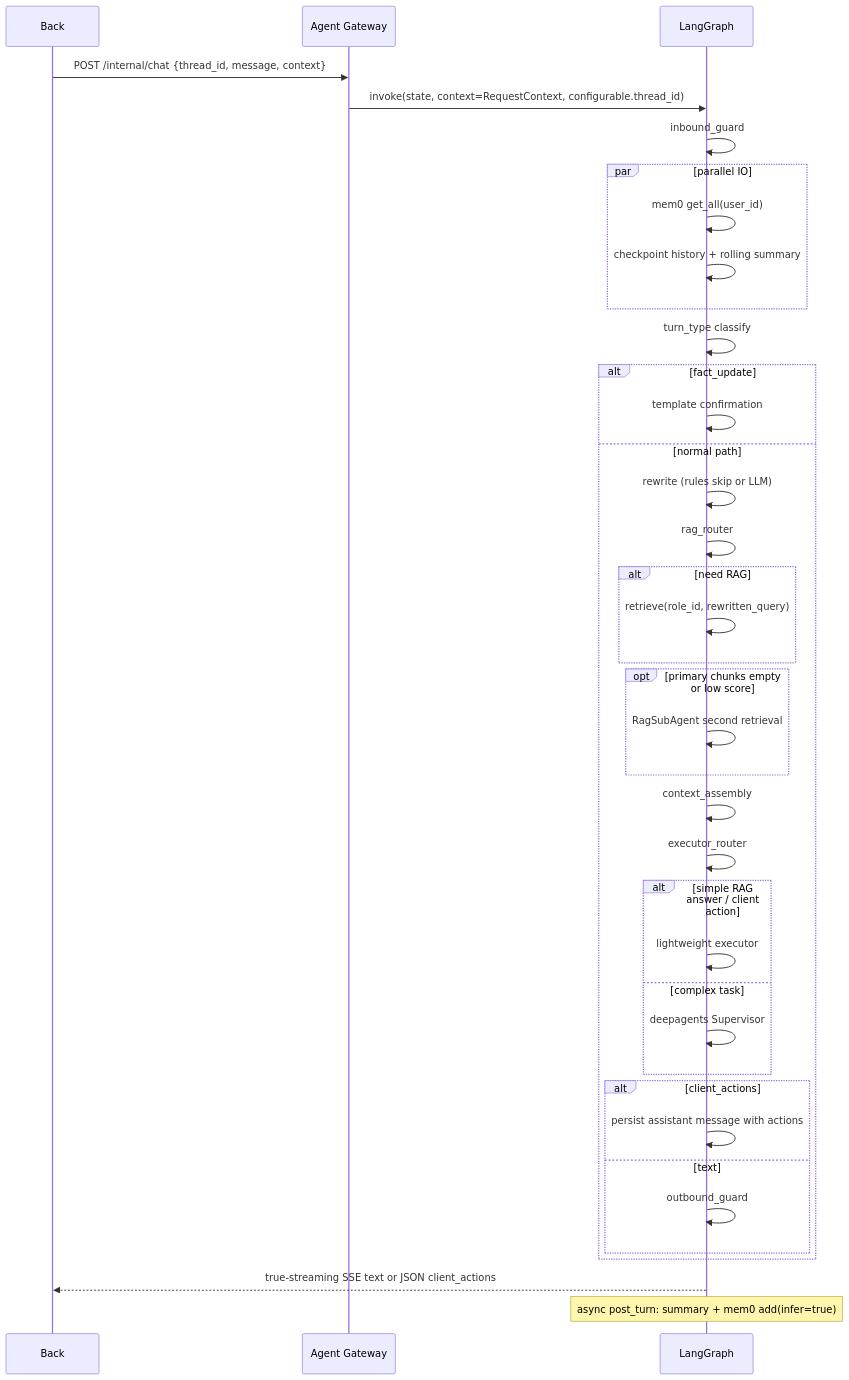
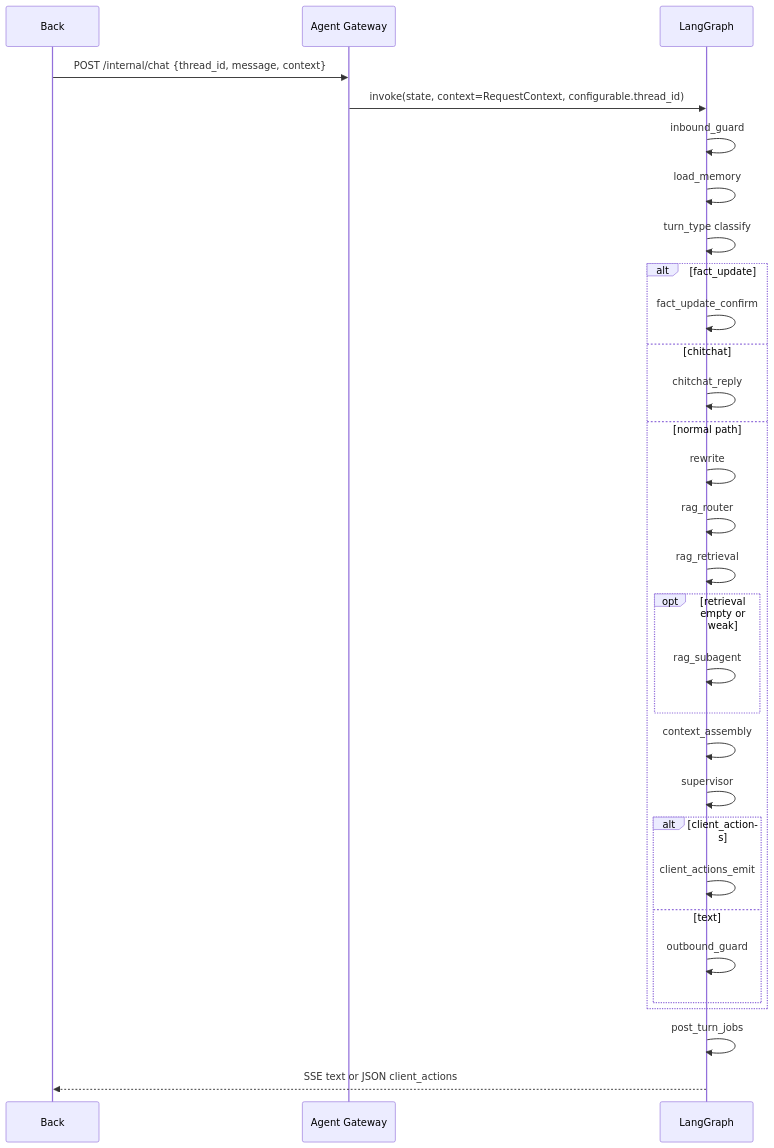
One commit to lrxCn/commonAgent changed the diagram in README.md. Above: the diagram before and after it, drawn with Mermaid. The commit also changed other lines of this file and 7 other files, not shown here.

````diff
--- a/README.md
+++ b/README.md
@@ -266,41 +116,33 @@
 ```mermaid
 sequenceDiagram
   participant Back
   participant GW as Agent Gateway
   participant G as LangGraph
 
   Back->>GW: POST /internal/chat {thread_id, message, context}
   GW->>G: invoke(state, context=RequestContext, configurable.thread_id)
   G->>G: inbound_guard
-  par parallel IO
-    G->>G: mem0 get_all(user_id)
-    G->>G: checkpoint history + rolling summary
-  end
+  G->>G: load_memory
   G->>G: turn_type classify
   alt fact_update
-    G->>G: template confirmation
+    G->>G: fact_update_confirm
+  else chitchat
+    G->>G: chitchat_reply
   else normal path
-    G->>G: rewrite (rules skip or LLM)
+    G->>G: rewrite
     G->>G: rag_router
-    alt need RAG
-      G->>G: retrieve(role_id, rewritten_query)
-    end
-    opt primary chunks empty or low score
-      G->>G: RagSubAgent second retrieval
+    G->>G: rag_retrieval
+    opt retrieval empty or weak
+      G->>G: rag_subagent
     end
     G->>G: context_assembly
-    G->>G: executor_router
-    alt simple RAG answer / client action
-      G->>G: lightweight executor
-    else complex task
-      G->>G: deepagents Supervisor
-    end
+    G->>G: supervisor
     alt client_actions
-      G->>G: persist assistant message with actions
+      G->>G: client_actions_emit
     else text
       G->>G: outbound_guard
     end
   end
-  G-->>Back: true-streaming SSE text or JSON client_actions
-  Note over G: async post_turn: summary + mem0 add(infer=true)
+  G->>G: post_turn_jobs
+  G-->>Back: SSE text or JSON client_actions
 ```
````
